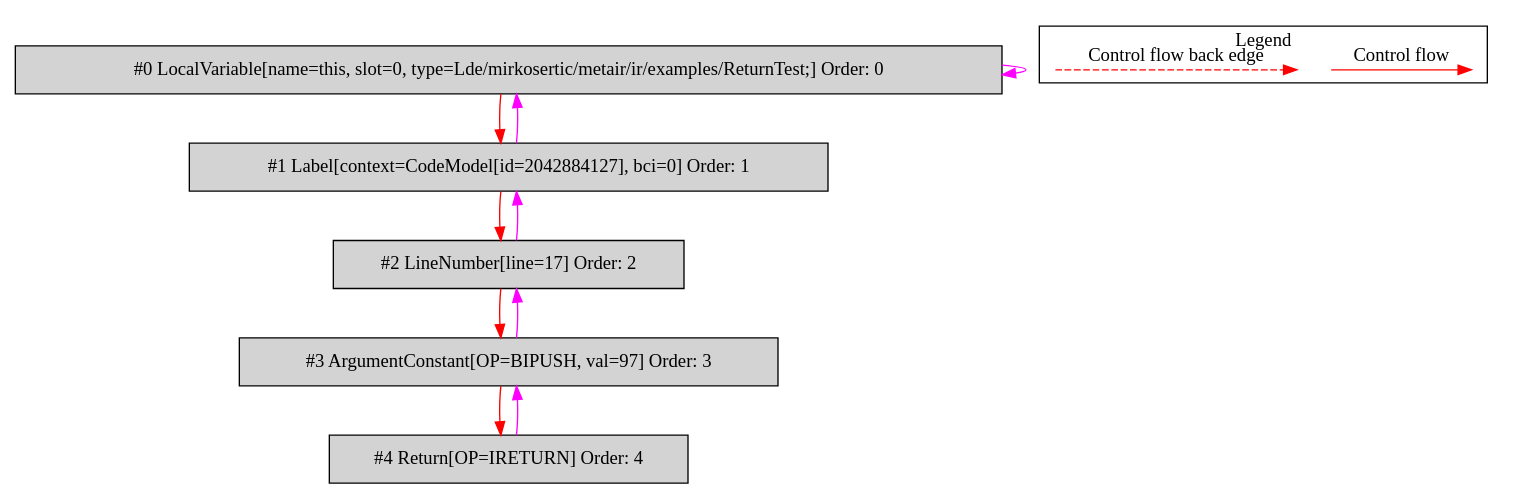
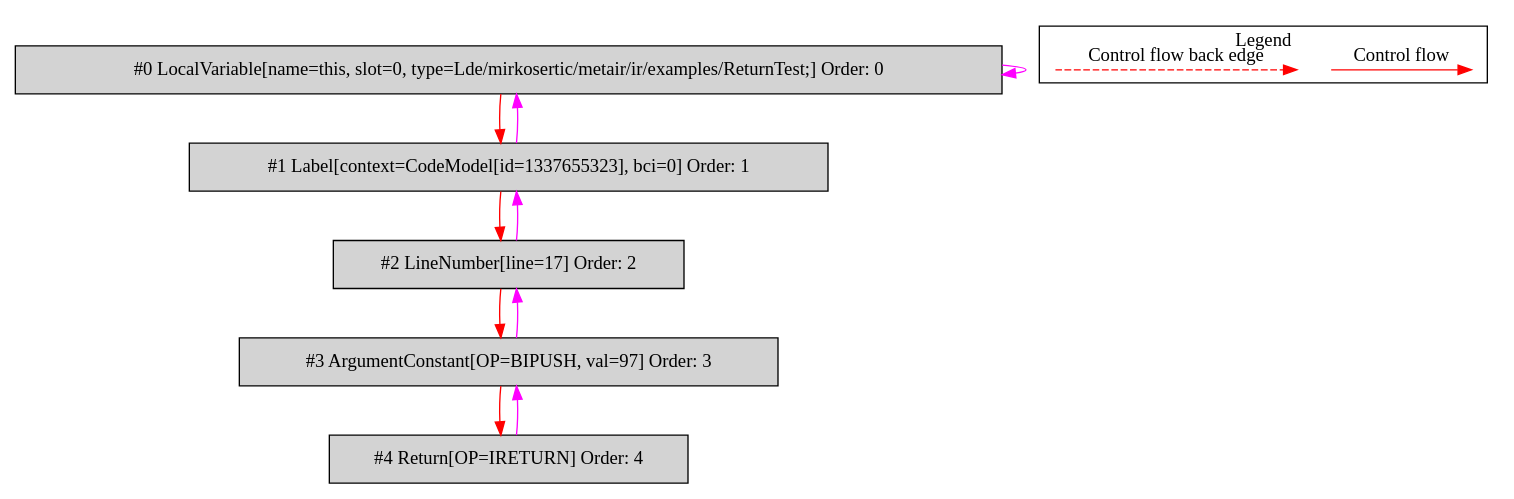
Before and after one commit to mirkosertic/MetaIR: the diagram in de.mirkosertic.metair.ir.examples.ReturnTest/returnChar/bytecodecfg.dot, drawn with Graphviz. The commit also changed 465 other files, not shown here.

```diff
--- a/de.mirkosertic.metair.ir.examples.ReturnTest/returnChar/bytecodecfg.dot
+++ b/de.mirkosertic.metair.ir.examples.ReturnTest/returnChar/bytecodecfg.dot
@@ -1,31 +1,31 @@
 digraph {
  ordering="in";
  node0[label="#0 LocalVariable[name=this, slot=0, type=Lde/mirkosertic/metair/ir/examples/ReturnTest;] Order: 0", shape=box, fillcolor=lightgrey, style=filled];
- node1[label="#1 Label[context=CodeModel[id=2042884127], bci=0] Order: 1", shape=box, fillcolor=lightgrey, style=filled];
+ node1[label="#1 Label[context=CodeModel[id=1337655323], bci=0] Order: 1", shape=box, fillcolor=lightgrey, style=filled];
  node2[label="#2 LineNumber[line=17] Order: 2", shape=box, fillcolor=lightgrey, style=filled];
  node3[label="#3 ArgumentConstant[OP=BIPUSH, val=97] Order: 3", shape=box, fillcolor=lightgrey, style=filled];
  node4[label="#4 Return[OP=IRETURN] Order: 4", shape=box, fillcolor=lightgrey, style=filled];
  node0 -> node0[color=fuchsia];
  node0 -> node1[color=red];
  node1 -> node0[color=fuchsia];
  node1 -> node2[color=red];
  node2 -> node1[color=fuchsia];
  node2 -> node3[color=red];
  node3 -> node2[color=fuchsia];
  node3 -> node4[color=red];
  node4 -> node3[color=fuchsia];
  subgraph cluster_000 {
   label = "Legend";
   node [shape=point]
   {
    rank=same;
    c0 [style = invis];
    c1 [style = invis];
    c2 [style = invis];
    c3 [style = invis];
   }
   c0 -> c1 [label="Control flow", style=solid, color=red]
   c2 -> c3 [label="Control flow back edge", style=dashed, color=red]
  }
 
 }
```
